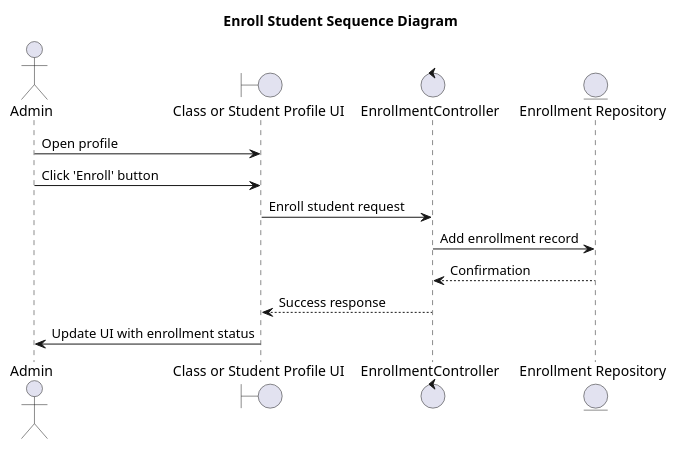
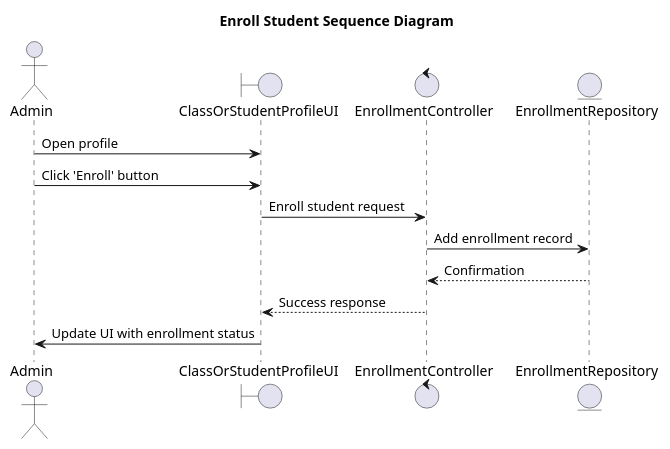
Before and after one commit to Huangphoux/uit-SE357_requirement: the diagram in docs/2. Diagrams/Sequence diagram/6. ManageStudentEnrollment/EnrollStudent.pu, drawn with PlantUML. The commit also changed 41 other files, not shown here.

Commit message:
Add all sequence diagrams

```diff
--- a/docs/2. Diagrams/Sequence diagram/6. ManageStudentEnrollment/EnrollStudent.pu
+++ b/docs/2. Diagrams/Sequence diagram/6. ManageStudentEnrollment/EnrollStudent.pu
@@ -1,17 +1,17 @@
 @startuml EnrollStudent
 title Enroll Student Sequence Diagram
 
 actor Admin
-boundary "Class or Student Profile UI"
-control "EnrollmentController"
-entity "Enrollment Repository"
+boundary ClassOrStudentProfileUI
+control EnrollmentController
+entity EnrollmentRepository
 
-Admin -> "Class or Student Profile UI" : Open profile
-Admin -> "Class or Student Profile UI" : Click 'Enroll' button
-"Class or Student Profile UI" -> "EnrollmentController" : Enroll student request
-"EnrollmentController" -> "Enrollment Repository" : Add enrollment record
-"Enrollment Repository" --> "EnrollmentController" : Confirmation
-"EnrollmentController" --> "Class or Student Profile UI" : Success response
-"Class or Student Profile UI" -> Admin : Update UI with enrollment status
+Admin -> ClassOrStudentProfileUI : Open profile
+Admin -> ClassOrStudentProfileUI : Click 'Enroll' button
+ClassOrStudentProfileUI -> EnrollmentController : Enroll student request
+EnrollmentController -> EnrollmentRepository : Add enrollment record
+EnrollmentRepository --> EnrollmentController : Confirmation
+EnrollmentController --> ClassOrStudentProfileUI : Success response
+ClassOrStudentProfileUI -> Admin : Update UI with enrollment status
 
 @enduml
```
